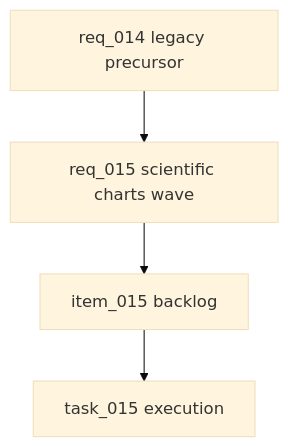
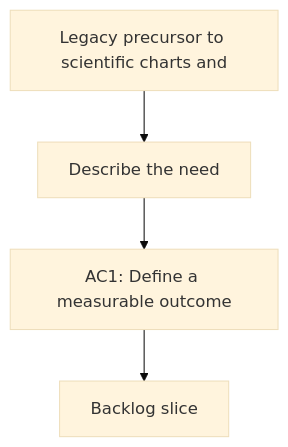
Before and after one commit to Jilanos/Coach_garmin: the diagram in logics/request/req_014_scientific_dashboard_charts_and_sport_specific_volume_filtering.md, drawn with Mermaid (base theme). The commit also changed 36 other files, not shown here.

````diff
--- a/logics/request/req_014_scientific_dashboard_charts_and_sport_specific_volume_filtering.md
+++ b/logics/request/req_014_scientific_dashboard_charts_and_sport_specific_volume_filtering.md
@@ -23,8 +23,8 @@
 ```mermaid
 %% logics-kind: request
-%% logics-signature: request|scientific-dashboard-charts-and-sport-sp|legacy-precursor-to-scientific-charts-an|req-015-scientific-charts-sport-specific
+%% logics-signature: request|legacy-precursor-to-scientific-charts-an|describe-the-need|ac1-define-a-measurable-outcome
 flowchart TD
-    Legacy[req_014 legacy precursor] --> Current[req_015 scientific charts wave]
-    Current --> Item[item_015 backlog]
-    Item --> Task[task_015 execution]
+    Trigger[Legacy precursor to scientific charts and] --> Need[Describe the need]
+    Need --> Outcome[AC1: Define a measurable outcome]
+    Outcome --> Backlog[Backlog slice]
 ```
````
